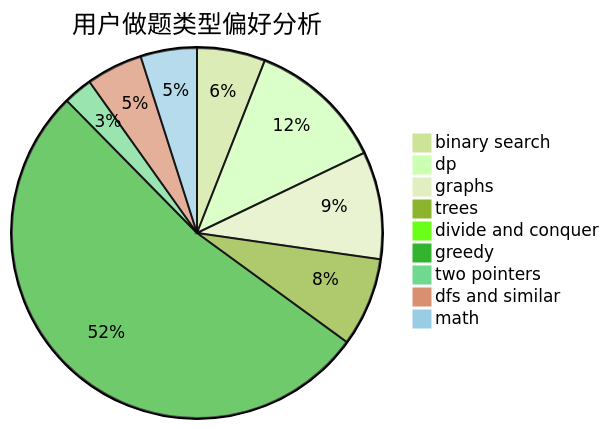
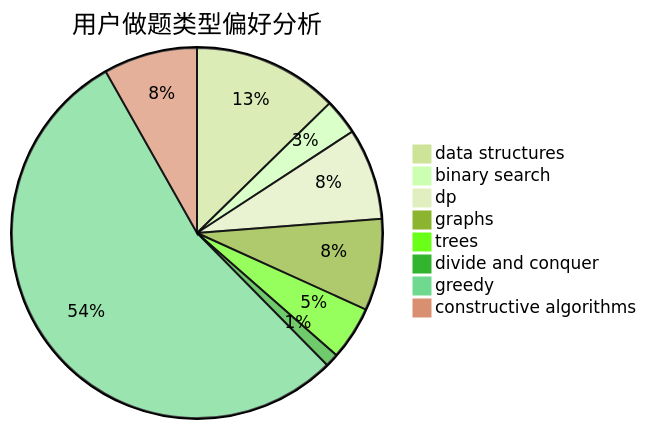
One commit to sherpahu/cfrs.github.io changed the second of 3 diagrams in docs/user/u1265.md. Above: the diagram before and after it, drawn with Mermaid (forest theme). The commit also changed other lines of this file and 2775 other files, not shown here.

````diff
--- a/docs/user/u1265.md
+++ b/docs/user/u1265.md
@@ -23,12 +23,11 @@
 ```mermaid
 pie title 用户做题类型偏好分析
-    "binary search" :  40
-    "dp" :  80
-    "graphs" :  63
-    "trees" :  52
+    "data structures" :  65
+    "binary search" :  16
+    "dp" :  41
+    "graphs" :  41
+    "trees" :  24
     "divide and conquer" :  6
-    "greedy" :  353
-    "two pointers" :  17
-    "dfs and similar" :  33
-    "math" :  33
+    "greedy" :  278
+    "constructive algorithms" :  42
 ```
````
